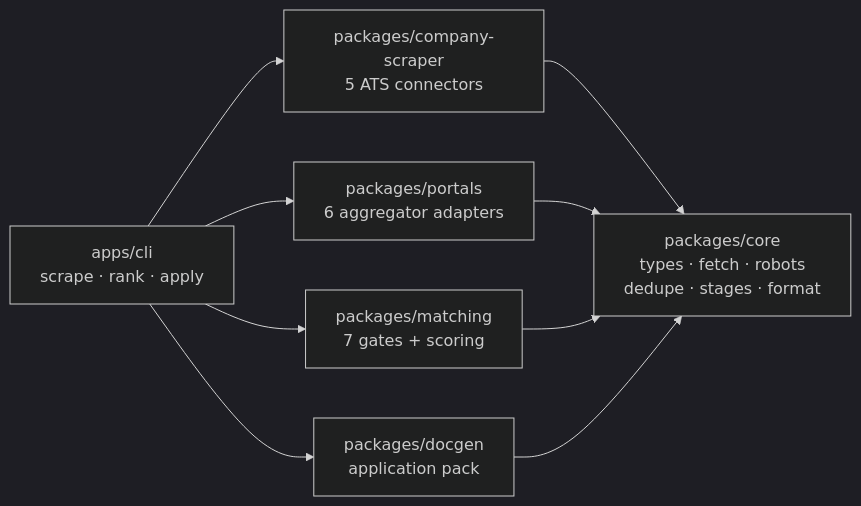
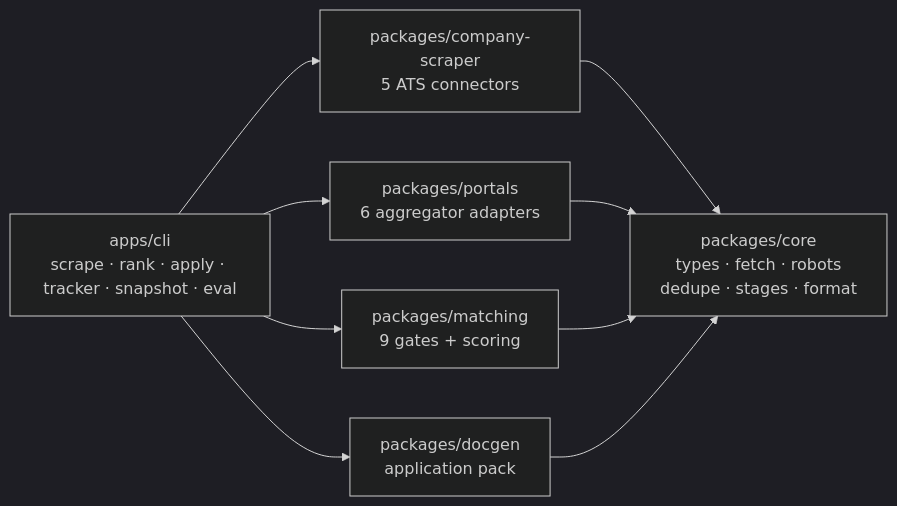
Before and after one commit to MaithreshVaddi-27/ApplyOS: the second of 2 diagrams in docs/architecture/current-state.md, drawn with Mermaid (dark theme). The commit also changed other lines of this file and 27 other files, not shown here.

````diff
--- a/docs/architecture/current-state.md
+++ b/docs/architecture/current-state.md
@@ -127,11 +127,11 @@
 ```mermaid
 flowchart LR
-  CLI["apps/cli<br/>scrape · rank · apply"] --> MATCH["packages/matching<br/>7 gates + scoring"]
+  CLI["apps/cli<br/>scrape · rank · apply · tracker · snapshot · eval"] --> MATCH["packages/matching<br/>9 gates + scoring"]
   CLI --> DOCGEN["packages/docgen<br/>application pack"]
   CLI --> CS["packages/company-scraper<br/>5 ATS connectors"]
   CLI --> PORT["packages/portals<br/>6 aggregator adapters"]
   CS --> CORE["packages/core<br/>types · fetch · robots<br/>dedupe · stages · format"]
   PORT --> CORE
   MATCH --> CORE
   DOCGEN --> CORE
 ```
````
